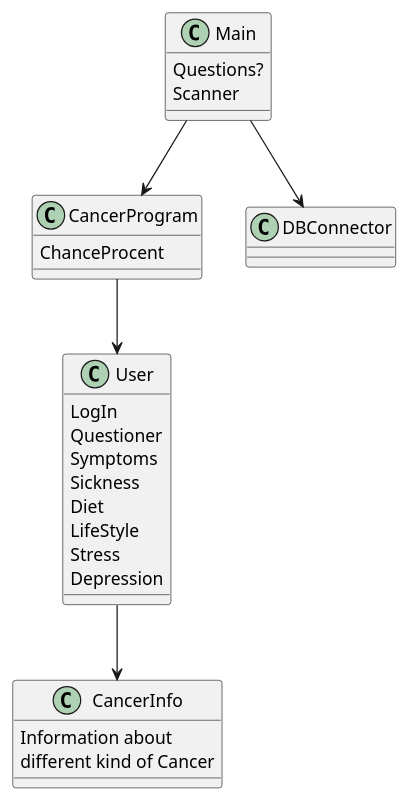
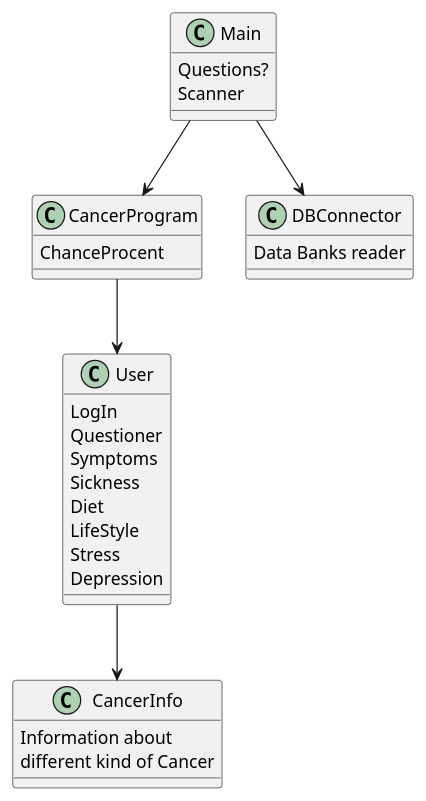
One commit to Fjumre/ICE-Gruppe-F changed the diagram in src/ICE Gruppe F.puml. Above: the diagram before and after it, drawn with PlantUML.

Commit message:
Update ICE Gruppe F.puml

```diff
--- a/src/ICE Gruppe F.puml
+++ b/src/ICE Gruppe F.puml
@@ -1,37 +1,39 @@
 @startuml
 'https://plantuml.com/sequence-diagram
 
 
 
 Class Main{
 Questions?
 Scanner
 }
 Class CancerProgram{
 ChanceProcent
 
 }
 Class User{
 LogIn
 Questioner
 Symptoms
 Sickness
 Diet
 LifeStyle
 Stress
 Depression
 }
 Class CancerInfo{
 Information about
 different kind of Cancer
 
 }
 
-Class DBConnector
+Class DBConnector{
+Data Banks reader
+}
 
 Main --> DBConnector
 Main-->CancerProgram
 CancerProgram-->User
 User-->CancerInfo
 
 @enduml
```
